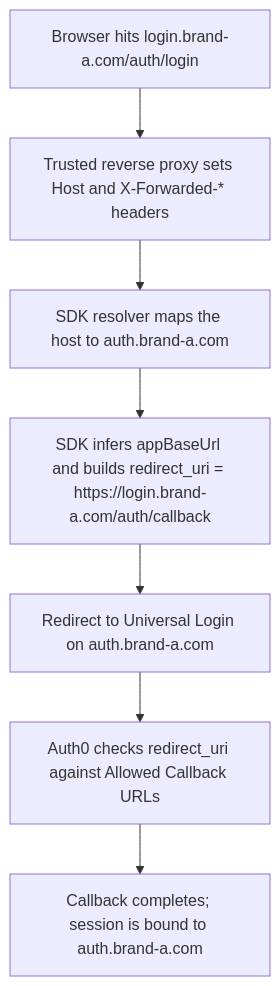
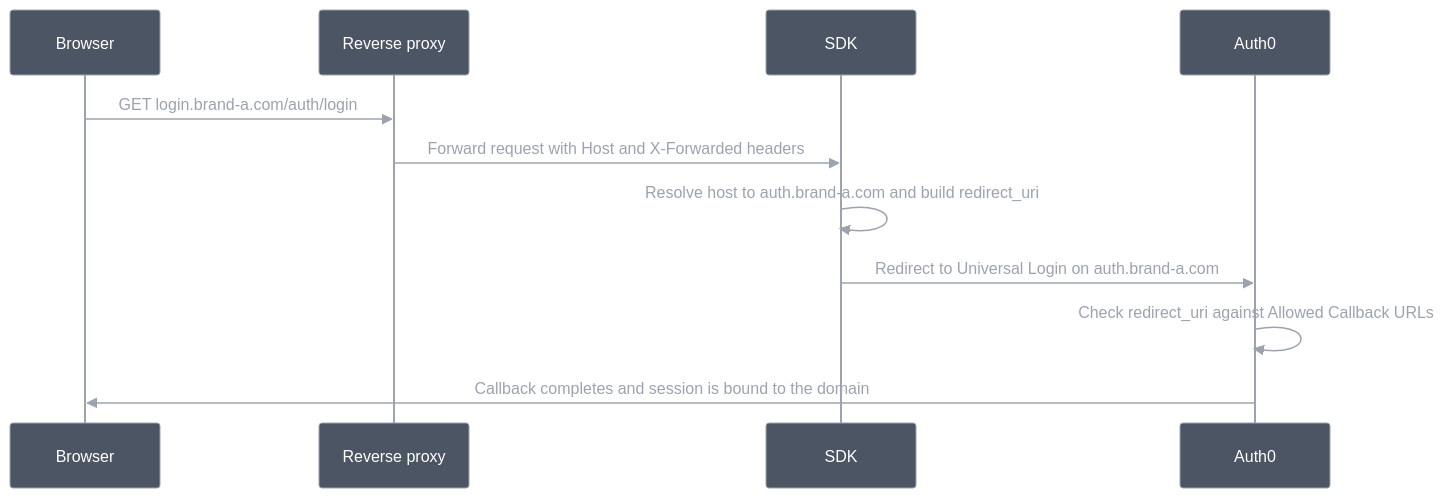
Before and after one commit to auth0/auth0-tanstack-start-react: the diagram in EXAMPLES.md, drawn with Mermaid. The commit also changed other lines of this file and 2 other files, not shown here.

Commit message:
docs: refine examples and fix repository URLs (#6)

````diff
--- a/EXAMPLES.md
+++ b/EXAMPLES.md
@@ -671,9 +682,14 @@
 ```mermaid
-flowchart TD
-  A["Browser hits login.brand-a.com/auth/login"] --> B["Trusted reverse proxy sets Host and X-Forwarded-* headers"]
-  B --> C["SDK resolver maps the host to auth.brand-a.com"]
-  C --> D["SDK infers appBaseUrl and builds redirect_uri = https://login.brand-a.com/auth/callback"]
-  D --> E["Redirect to Universal Login on auth.brand-a.com"]
-  E --> F["Auth0 checks redirect_uri against Allowed Callback URLs"]
-  F --> G["Callback completes; session is bound to auth.brand-a.com"]
+%%{init: {'theme':'base','themeVariables':{'actorBkg':'#4b5563','actorBorder':'#9ca3af','actorTextColor':'#ffffff','signalColor':'#9ca3af','signalTextColor':'#9ca3af','noteBkgColor':'#4b5563','noteTextColor':'#ffffff'}}}%%
+sequenceDiagram
+  participant B as Browser
+  participant P as Reverse proxy
+  participant S as SDK
+  participant A as Auth0
+  B->>P: GET login.brand-a.com/auth/login
+  P->>S: Forward request with Host and X-Forwarded headers
+  S->>S: Resolve host to auth.brand-a.com and build redirect_uri
+  S->>A: Redirect to Universal Login on auth.brand-a.com
+  A->>A: Check redirect_uri against Allowed Callback URLs
+  A->>B: Callback completes and session is bound to the domain
 ```
````
